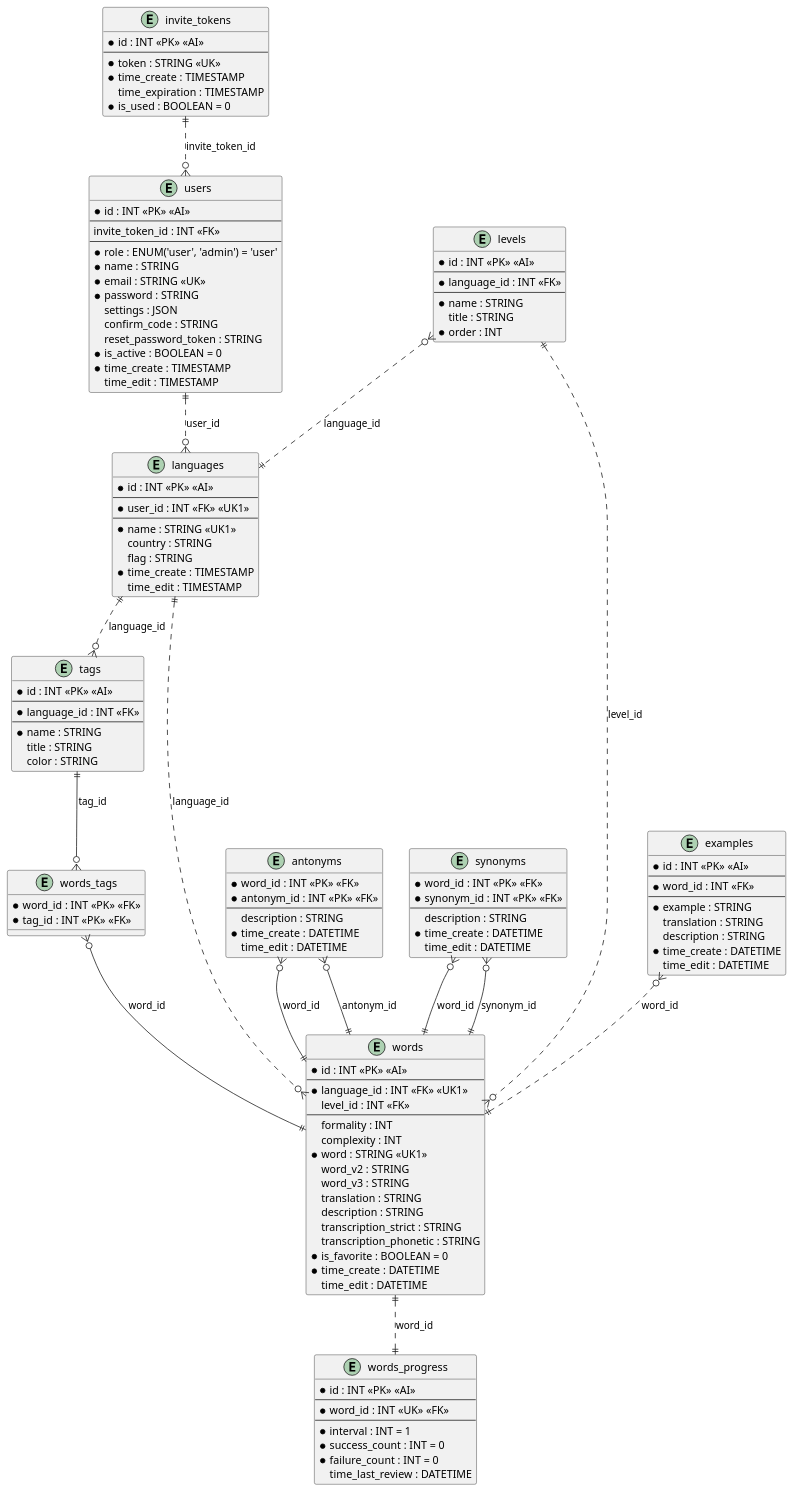
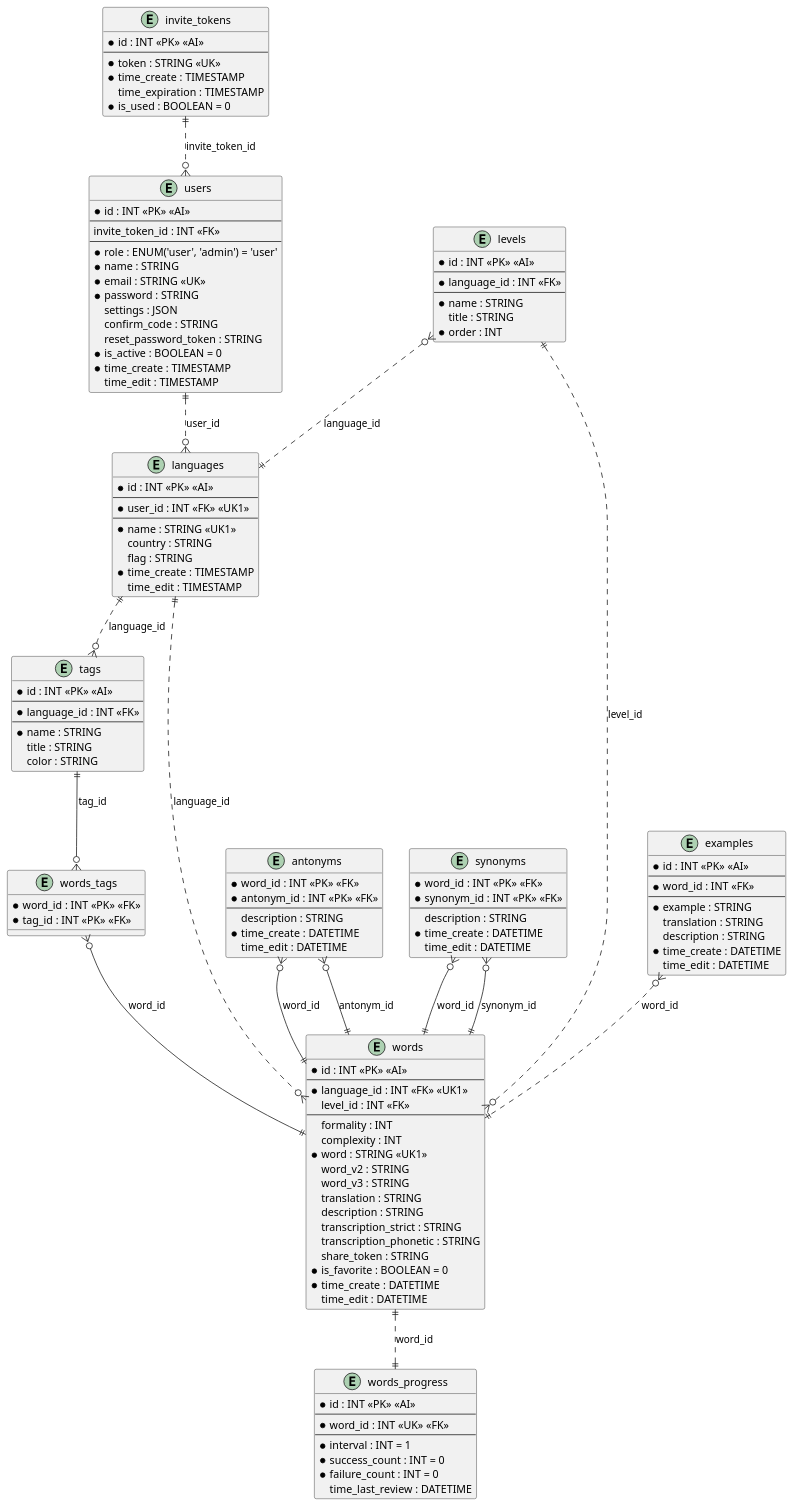
Before and after one commit to ewwmy/dictionary: the diagram in database/model/dictionary.puml, drawn with PlantUML. The commit also changed 10 other files, not shown here.

```diff
--- a/database/model/dictionary.puml
+++ b/database/model/dictionary.puml
@@ -1,145 +1,146 @@
 @startuml dictionary
 
 ' this flag is used to make wires straight-angled:
 ' skinparam linetype ortho
 
 entity invite_tokens {
   * id : INT <<PK>> <<AI>>
   ---
   * token : STRING <<UK>>
   * time_create : TIMESTAMP
   time_expiration : TIMESTAMP
   * is_used : BOOLEAN = 0
 }
 
 entity users {
   * id : INT <<PK>> <<AI>>
   ---
   invite_token_id : INT <<FK>>
   ---
   * role : ENUM('user', 'admin') = 'user'
   * name : STRING
   * email : STRING <<UK>>
   * password : STRING
   settings : JSON
   confirm_code : STRING
   reset_password_token : STRING
   * is_active : BOOLEAN = 0
   * time_create : TIMESTAMP
   time_edit : TIMESTAMP
 }
 
 entity languages {
   * id : INT <<PK>> <<AI>>
   ---
   * user_id : INT <<FK>> <<UK1>>
   ---
   * name : STRING <<UK1>>
   country : STRING
   flag : STRING
   * time_create : TIMESTAMP
   time_edit : TIMESTAMP
 }
 
 entity tags {
   * id : INT <<PK>> <<AI>>
   ---
   * language_id : INT <<FK>>
   ---
   * name : STRING
   title : STRING
   color : STRING
 }
 
 entity words_tags {
   * word_id : INT <<PK>> <<FK>>
   * tag_id : INT <<PK>> <<FK>>
 }
 
 entity words_progress {
   * id : INT <<PK>> <<AI>>
   ---
   * word_id : INT <<UK>> <<FK>>
   ---
   * interval : INT = 1
   * success_count : INT = 0
   * failure_count : INT = 0
   time_last_review : DATETIME
 }
 
 entity antonyms {
   * word_id : INT <<PK>> <<FK>>
   * antonym_id : INT <<PK>> <<FK>>
   ---
   description : STRING
   * time_create : DATETIME
   time_edit : DATETIME
 }
 
 entity synonyms {
   * word_id : INT <<PK>> <<FK>>
   * synonym_id : INT <<PK>> <<FK>>
   ---
   description : STRING
   * time_create : DATETIME
   time_edit : DATETIME
 }
 
 entity words {
   * id : INT <<PK>> <<AI>>
   ---
   * language_id : INT <<FK>> <<UK1>>
   level_id : INT <<FK>>
   ---
   formality : INT
   complexity : INT
   * word : STRING <<UK1>>
   word_v2 : STRING
   word_v3 : STRING
   translation : STRING
   description : STRING
   transcription_strict : STRING
   transcription_phonetic : STRING
+  share_token : STRING
   * is_favorite : BOOLEAN = 0
   * time_create : DATETIME
   time_edit : DATETIME
 }
 
 entity levels {
   * id : INT <<PK>> <<AI>>
   ---
   * language_id : INT <<FK>>
   ---
   * name : STRING
   title : STRING
   * order : INT
 }
 
 entity examples {
   * id : INT <<PK>> <<AI>>
   ---
   * word_id : INT <<FK>>
   ---
   * example : STRING
   translation : STRING
   description : STRING
   * time_create : DATETIME
   time_edit : DATETIME
 }
 
 invite_tokens ||..o{ users : "invite_token_id"
 users ||..o{ languages : "user_id"
 languages ||..o{ tags : "language_id"
 languages ||..o{ words : "language_id"
 examples }o..|| words : "word_id"
 tags ||--o{ words_tags : "tag_id"
 words_tags }o--|| words : "word_id"
 antonyms }o--|| words : "word_id"
 antonyms }o--|| words : "antonym_id"
 synonyms }o--|| words : "word_id"
 synonyms }o--|| words : "synonym_id"
 words ||..|| words_progress : "word_id"
 levels }o..|| languages : "language_id"
 levels ||..o{ words : "level_id"
 
 @enduml
```
